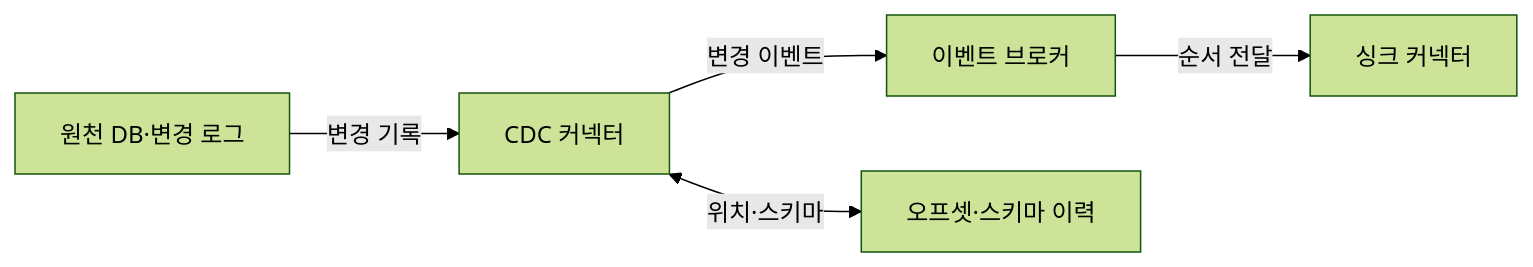
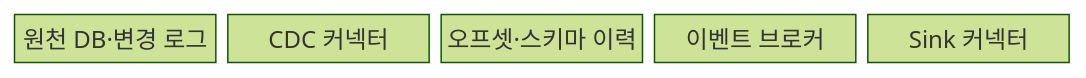
One commit to agnusdei1207/knowledge-base changed the first of 2 diagrams in src/content/docs/notes/03-software/123_change_data_capture.md. Above: the diagram before and after it, drawn with Mermaid (forest theme). The commit also changed other lines of this file and 20 other files, not shown here.

````diff
--- a/src/content/docs/notes/03-software/123_change_data_capture.md
+++ b/src/content/docs/notes/03-software/123_change_data_capture.md
@@ -62,7 +59,9 @@
 ```mermaid
-flowchart LR
-    D[원천 DB·변경 로그] -->|변경 기록| C[CDC 커넥터]
-    C -->|변경 이벤트| B[이벤트 브로커]
-    C <-->|위치·스키마| O[오프셋·스키마 이력]
-    B -->|순서 전달| S[싱크 커넥터]
+block
+  columns 5
+  D["원천 DB·변경 로그"]
+  C["CDC 커넥터"]
+  O["오프셋·스키마 이력"]
+  B["이벤트 브로커"]
+  S["Sink 커넥터"]
 ```
````
